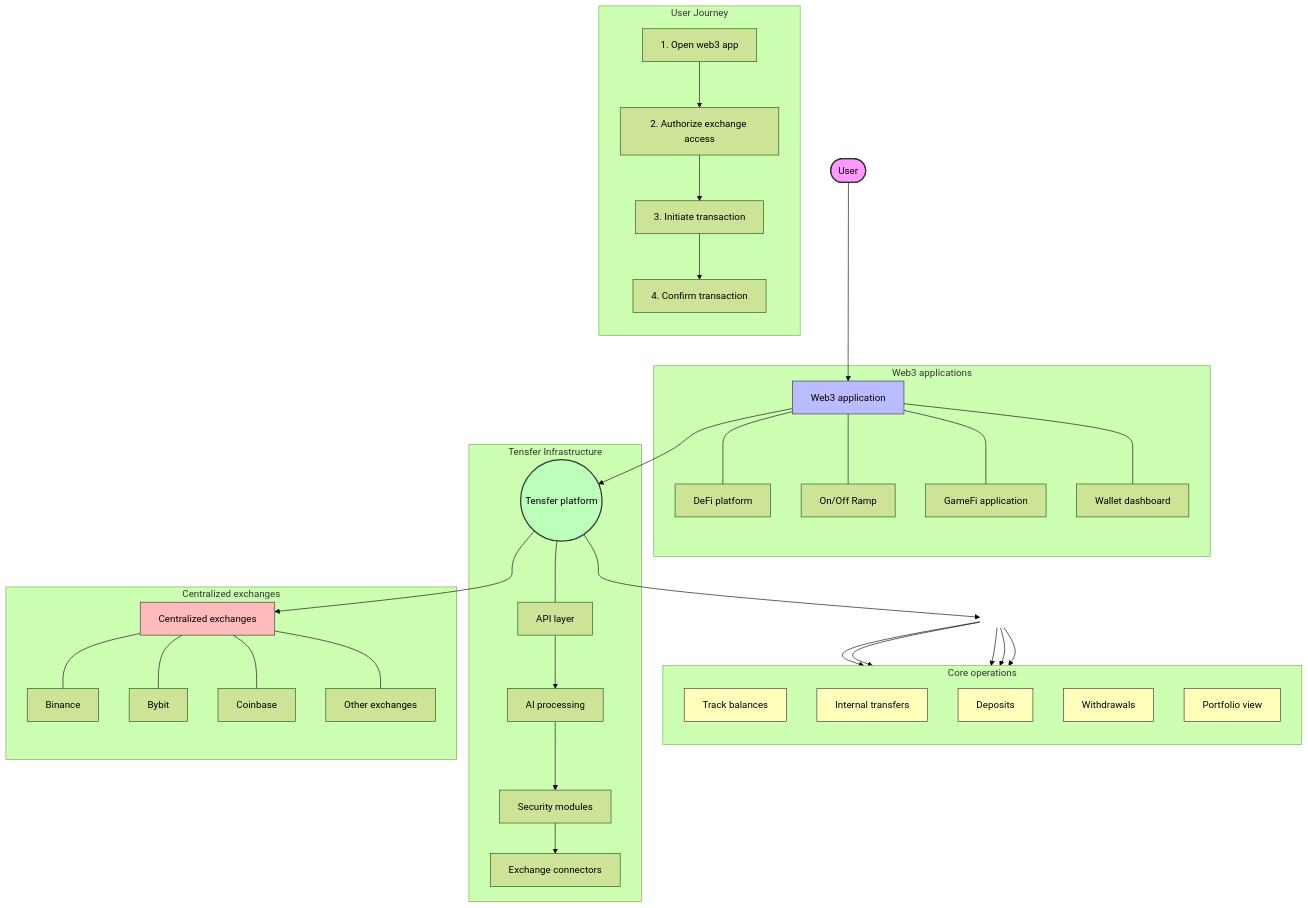
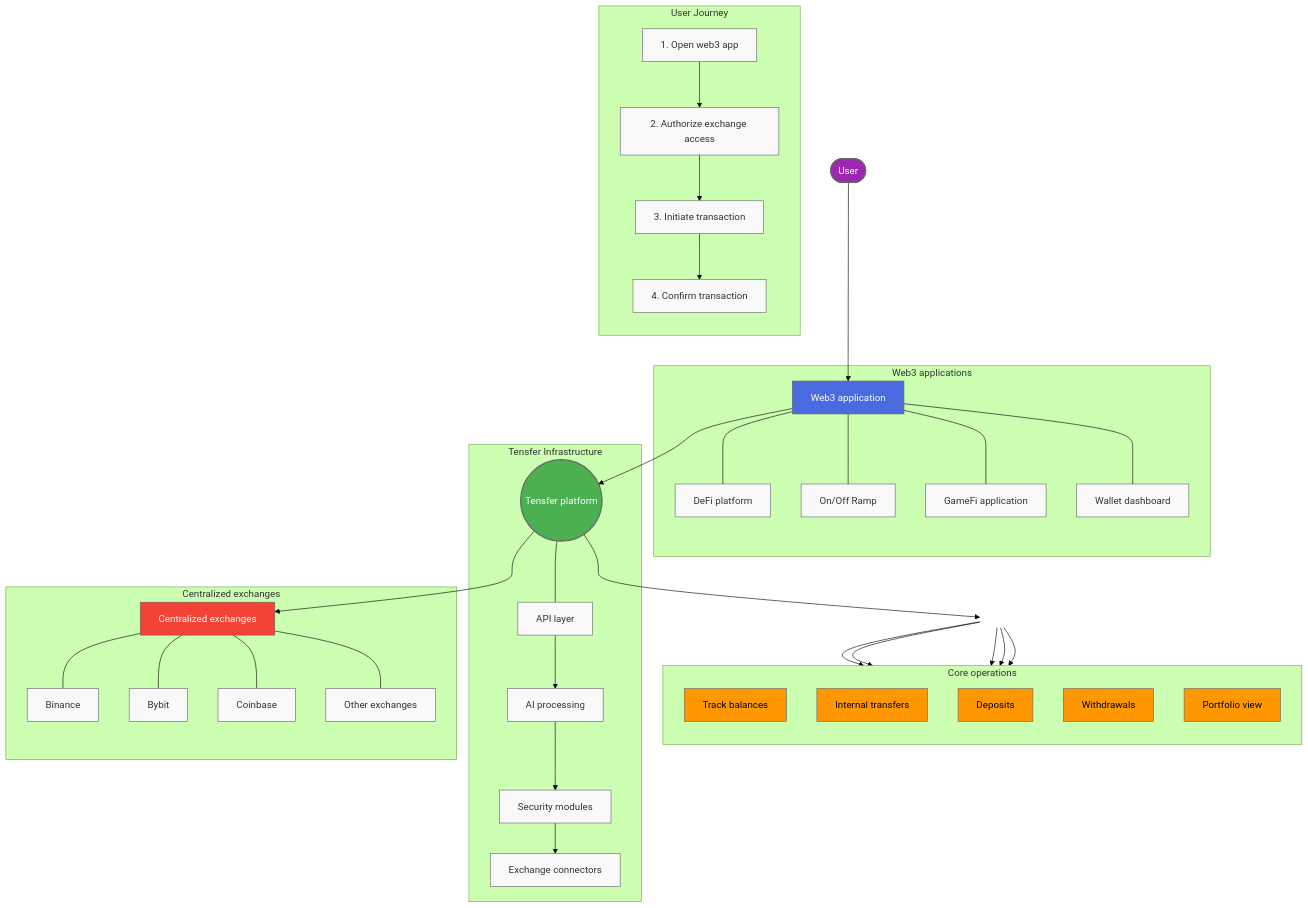
Before and after one commit to Tensfer/tensfer-docs: the diagram in docs/getting-started/overview.md, drawn with Mermaid (forest theme). The commit also changed other lines of this file and 4 other files, not shown here.

Commit message:
updated the mermaid diagram

````diff
--- a/docs/getting-started/overview.md
+++ b/docs/getting-started/overview.md
@@ -16,6 +16,5 @@
 ```mermaid
-
-flowchart TB
+  flowchart TB
     %% Main user interaction flow
     User([User]) --> Web3App[Web3 application]
     Web3App --> Tensfer((Tensfer platform))
@@ -24,7 +23,7 @@
     %% Detailed breakdown of components
     subgraph "Web3 applications"
         Web3App
-        style Web3App fill:#bbf,stroke:#333,stroke-width:1px
+        style Web3App fill:#4a6bdf,stroke:#666666,stroke-width:1px,color:#ffffff
         
         DeFi[DeFi platform]
         Ramps[On/Off Ramp]
@@ -39,7 +38,7 @@
     
     subgraph "Tensfer Infrastructure"
         Tensfer
-        style Tensfer fill:#bfb,stroke:#333,stroke-width:2px
+        style Tensfer fill:#4CAF50,stroke:#666666,stroke-width:2px,color:#ffffff
         
         API[API layer]
         AI[AI processing]
@@ -54,7 +53,7 @@
     
     subgraph "Centralized exchanges"
         CEXs
-        style CEXs fill:#fbb,stroke:#333,stroke-width:1px
+        style CEXs fill:#F44336,stroke:#666666,stroke-width:1px,color:#ffffff
         
         Binance[Binance]
         Bybit[Bybit]
@@ -99,11 +98,14 @@
     Core_Ops[" "]
     style Core_Ops fill:none,stroke:none
 
-    %% Color classes
-    classDef user fill:#f9f,stroke:#333,stroke-width:2px
-    classDef operations fill:#ffb,stroke:#333,stroke-width:1px
+    %% Color classes with universal compatibility
+    classDef user fill:#9C27B0,stroke:#666666,stroke-width:2px,color:#ffffff
+    classDef operations fill:#FF9800,stroke:#666666,stroke-width:1px,color:#000000
     
     class User user
     class Balance,Transfer,Deposit,Withdraw,Portfolio operations
+    
+    %% Style all other nodes for better visibility
+    classDef default fill:#f9f9f9,stroke:#666666,color:#333333
 
 ```
````
